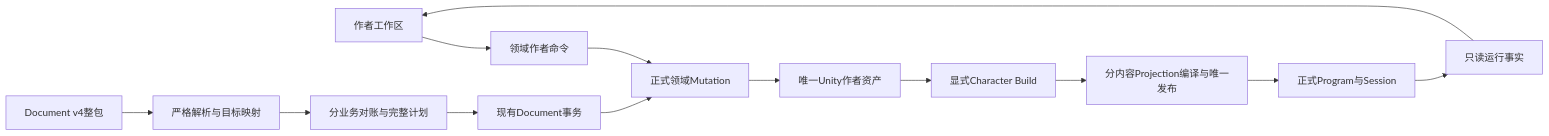
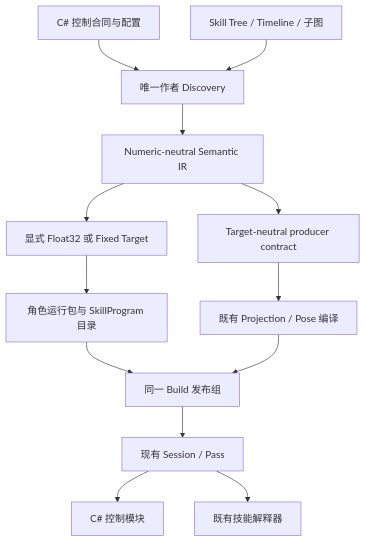
Before and after one commit to nikaakaa/3c: the diagram in openspec/changes/refactor-btsmtl-authoring-architecture/design.md, drawn with Mermaid. The commit also changed other lines of this file and 34 other files, not shown here.

````diff
--- a/openspec/changes/refactor-btsmtl-authoring-architecture/design.md
+++ b/openspec/changes/refactor-btsmtl-authoring-architecture/design.md
@@ -51,15 +77,15 @@
 ```mermaid
-flowchart LR
-    UI[作者工作区] --> Commands[领域作者命令]
-    Package[Document v4整包] --> Codec[严格解析与目标映射]
-    Codec --> Reconcile[分业务对账与完整计划]
-    Reconcile --> Transaction[现有Document事务]
-    Commands --> Mutation[正式领域Mutation]
-    Transaction --> Mutation
-    Mutation --> Assets[唯一Unity作者资产]
-    Assets --> Build[显式Character Build]
-    Build --> Projection[分内容Projection编译与唯一发布]
-    Projection --> Runtime[正式Program与Session]
-    Runtime --> Facts[只读运行事实]
-    Facts --> UI
+flowchart TD
+    Code[C# 控制合同与配置] --> Discovery[唯一作者 Discovery]
+    Assets[Skill Tree / Timeline / 子图] --> Discovery
+    Discovery --> IR[Numeric-neutral Semantic IR]
+    IR --> Target[显式 Float32 或 Fixed Target]
+    Target --> Package[角色运行包与 SkillProgram 目录]
+    IR --> Contract[Target-neutral producer contract]
+    Contract --> Pose[既有 Projection / Pose 编译]
+    Package --> Publish[同一 Build 发布组]
+    Pose --> Publish
+    Publish --> Session[现有 Session / Pass]
+    Session --> Control[C# 控制模块]
+    Session --> Skill[既有技能解释器]
 ```
````
